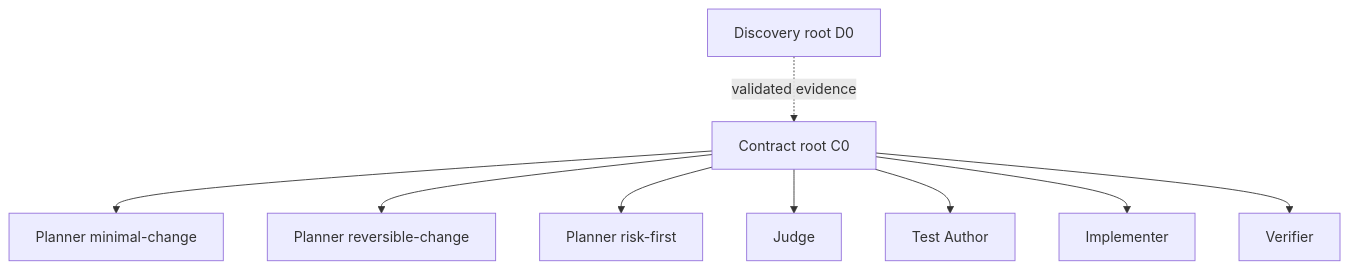
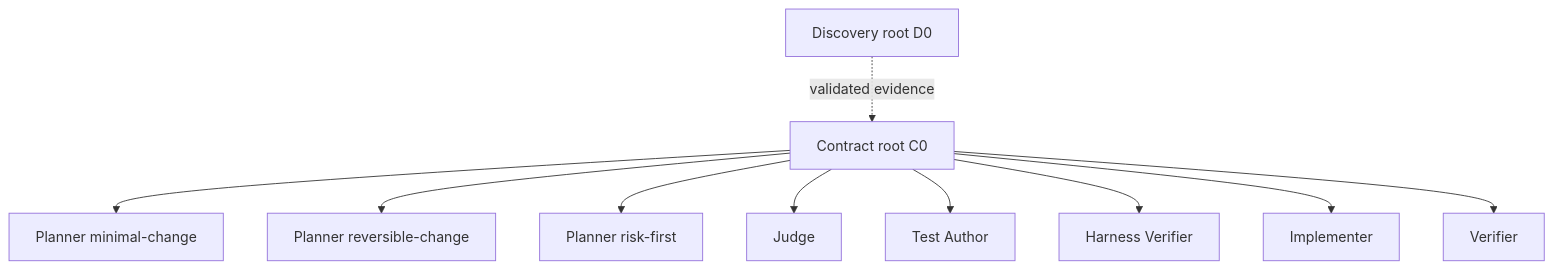
The diagram in docs/ARCHITECTURE.md (vv-bogdanov/changesafely), drawn with Mermaid before and after one commit. The commit also changed other lines of this file and 15 other files, not shown here.

````diff
--- a/docs/ARCHITECTURE.md
+++ b/docs/ARCHITECTURE.md
@@ -9,21 +9,23 @@
 ```mermaid
 flowchart TD
   D0[Discovery root D0]
   C0[Contract root C0]
   P1[Planner minimal-change]
   P2[Planner reversible-change]
   P3[Planner risk-first]
   J[Judge]
   T[Test Author]
+  H[Harness Verifier]
   I[Implementer]
   V[Verifier]
 
   D0 -. validated evidence .-> C0
   C0 --> P1
   C0 --> P2
   C0 --> P3
   C0 --> J
   C0 --> T
+  C0 --> H
   C0 --> I
   C0 --> V
 ```
````
